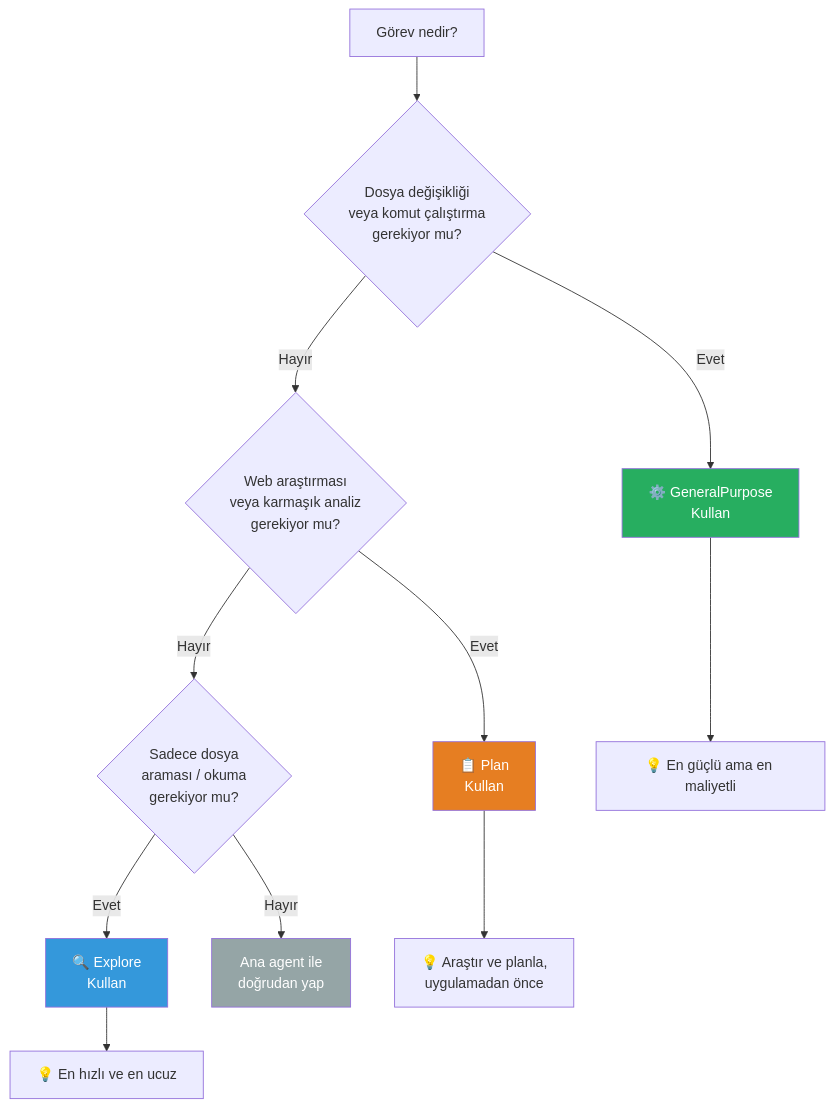
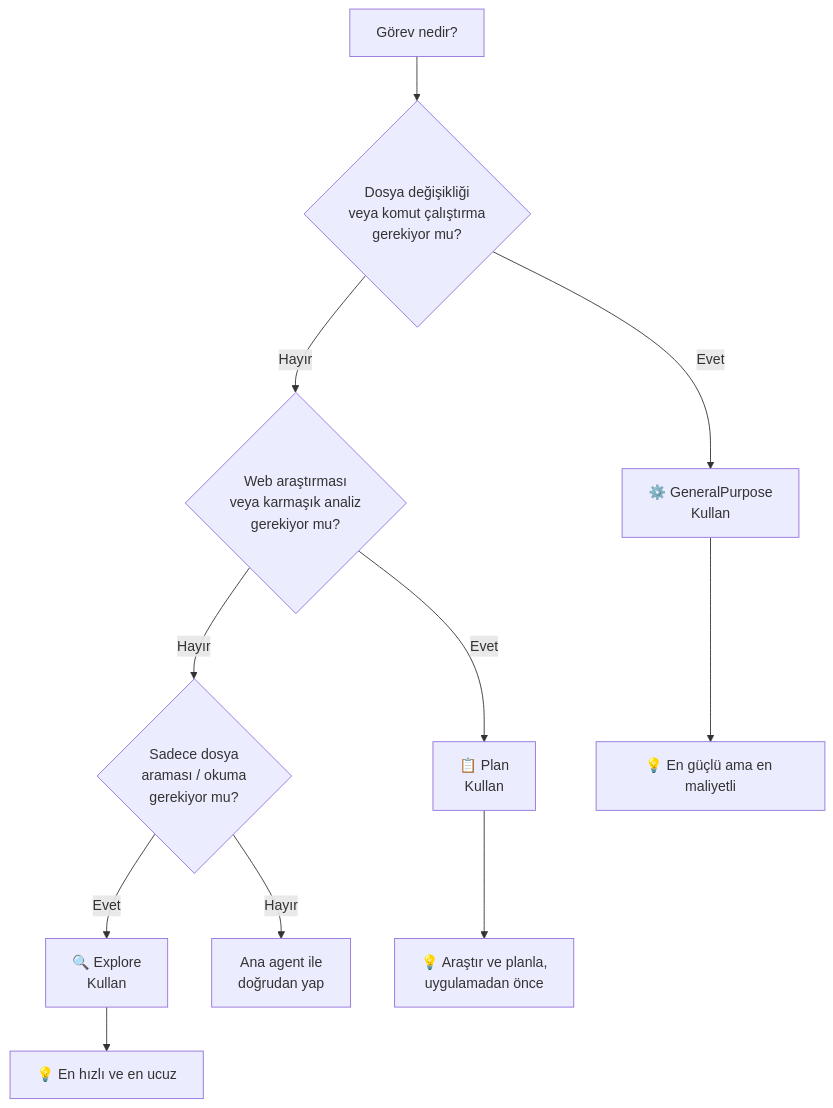
The sixth of 7 diagrams in 13-subagentlar-ve-agent-takimlari/02-dahili-subagentlar.md (IzzetYasinAtes/ClaudeCodeHandbook), drawn with Mermaid before and after one commit. The commit also changed other lines of this file and 97 other files, not shown here.

Commit message:
Remove all custom Mermaid style/fill colors from 98 markdown files for consistent dark theme rendering

````diff
--- a/13-subagentlar-ve-agent-takimlari/02-dahili-subagentlar.md
+++ b/13-subagentlar-ve-agent-takimlari/02-dahili-subagentlar.md
@@ -239,22 +234,18 @@
 ```mermaid
 flowchart TD
     START["Görev nedir?"] --> Q1{"Dosya değişikliği<br/>veya komut çalıştırma<br/>gerekiyor mu?"}
 
     Q1 --> |"Evet"| GP["⚙️ GeneralPurpose<br/>Kullan"]
     Q1 --> |"Hayır"| Q2{"Web araştırması<br/>veya karmaşık analiz<br/>gerekiyor mu?"}
 
     Q2 --> |"Evet"| PLAN["📋 Plan<br/>Kullan"]
     Q2 --> |"Hayır"| Q3{"Sadece dosya<br/>araması / okuma<br/>gerekiyor mu?"}
 
     Q3 --> |"Evet"| EXPLORE["🔍 Explore<br/>Kullan"]
     Q3 --> |"Hayır"| DIRECT["Ana agent ile<br/>doğrudan yap"]
 
     GP --> TIP1["💡 En güçlü ama en maliyetli"]
     PLAN --> TIP2["💡 Araştır ve planla,<br/>uygulamadan önce"]
     EXPLORE --> TIP3["💡 En hızlı ve en ucuz"]
 
-    style GP fill:#27AE60,color:#fff
-    style PLAN fill:#E67E22,color:#fff
-    style EXPLORE fill:#3498DB,color:#fff
-    style DIRECT fill:#95a5a6,color:#fff
 ```
````
